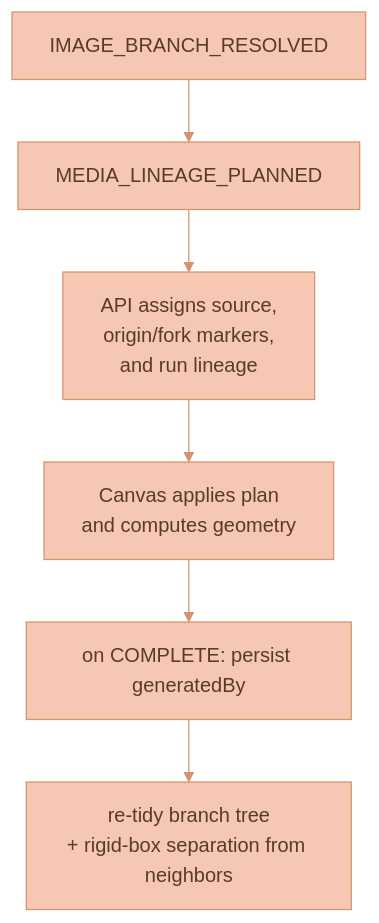
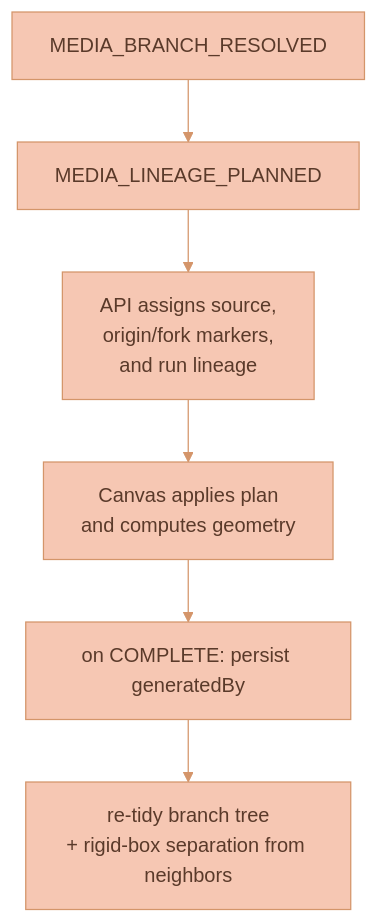
The third of 3 diagrams in documentation/media-generation/BRANCH-LINEAGE.md (Lixpi/lixpi), drawn with Mermaid before and after one commit. The commit also changed other lines of this file and 40 other files, not shown here.

Commit message:
LIX-307 # Rename image-branch resolver to media-branch resolver for image/video parity

````diff
--- a/documentation/media-generation/BRANCH-LINEAGE.md
+++ b/documentation/media-generation/BRANCH-LINEAGE.md
@@ -466,9 +466,9 @@
 ```mermaid
 %%{init: {'theme': 'base', 'themeVariables': { 'primaryColor': '#F6C7B3', 'primaryTextColor': '#5a3a2a', 'primaryBorderColor': '#d4956a', 'secondaryColor': '#C3DEDD', 'secondaryTextColor': '#1a3a47', 'secondaryBorderColor': '#4a8a9d', 'tertiaryColor': '#DCECE9', 'tertiaryTextColor': '#1a3a47', 'tertiaryBorderColor': '#82B2C0', 'lineColor': '#d4956a', 'textColor': '#5a3a2a'}}}%%
 flowchart TB
-    Resolved[IMAGE_BRANCH_RESOLVED] --> Planned[MEDIA_LINEAGE_PLANNED]
+    Resolved[MEDIA_BRANCH_RESOLVED] --> Planned[MEDIA_LINEAGE_PLANNED]
     Planned --> Assignment[API assigns source,<br/>origin/fork markers,<br/>and run lineage]
     Assignment --> Paint[Canvas applies plan<br/>and computes geometry]
     Paint --> Complete[on COMPLETE: persist generatedBy]
     Complete --> Rebalance[re-tidy branch tree<br/>+ rigid-box separation from neighbors]
 ```
````
